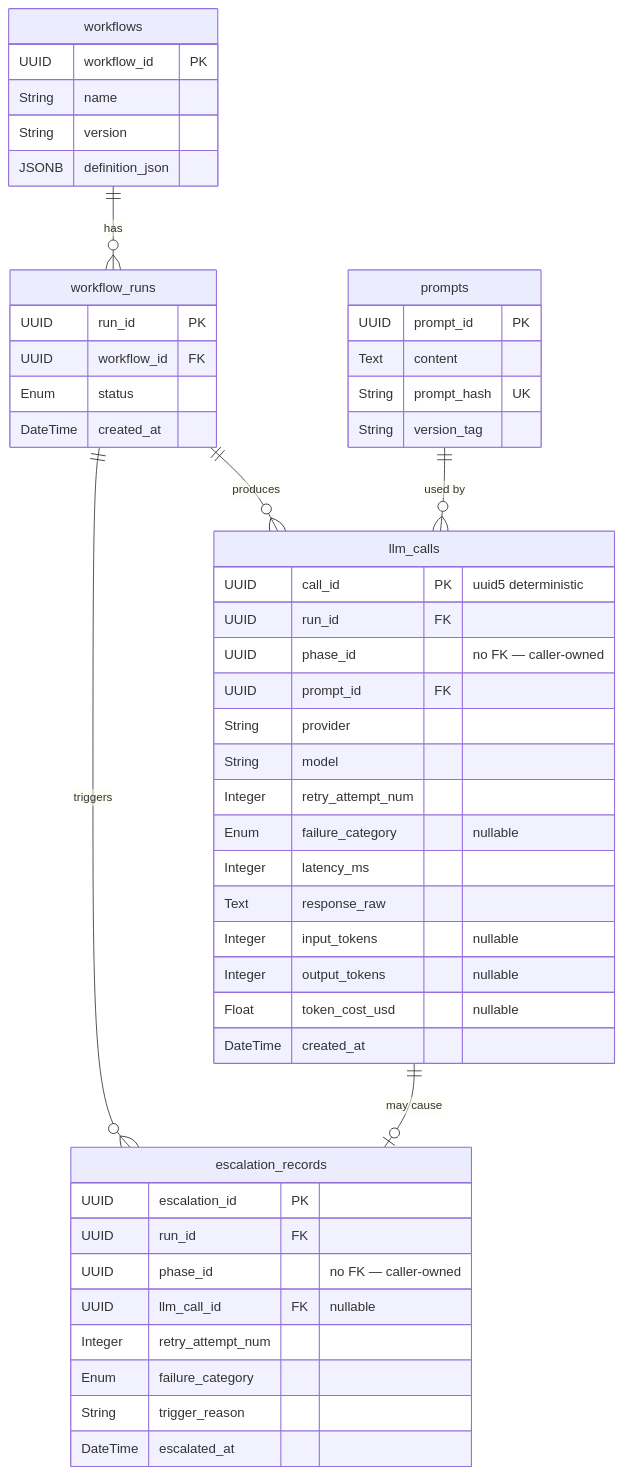
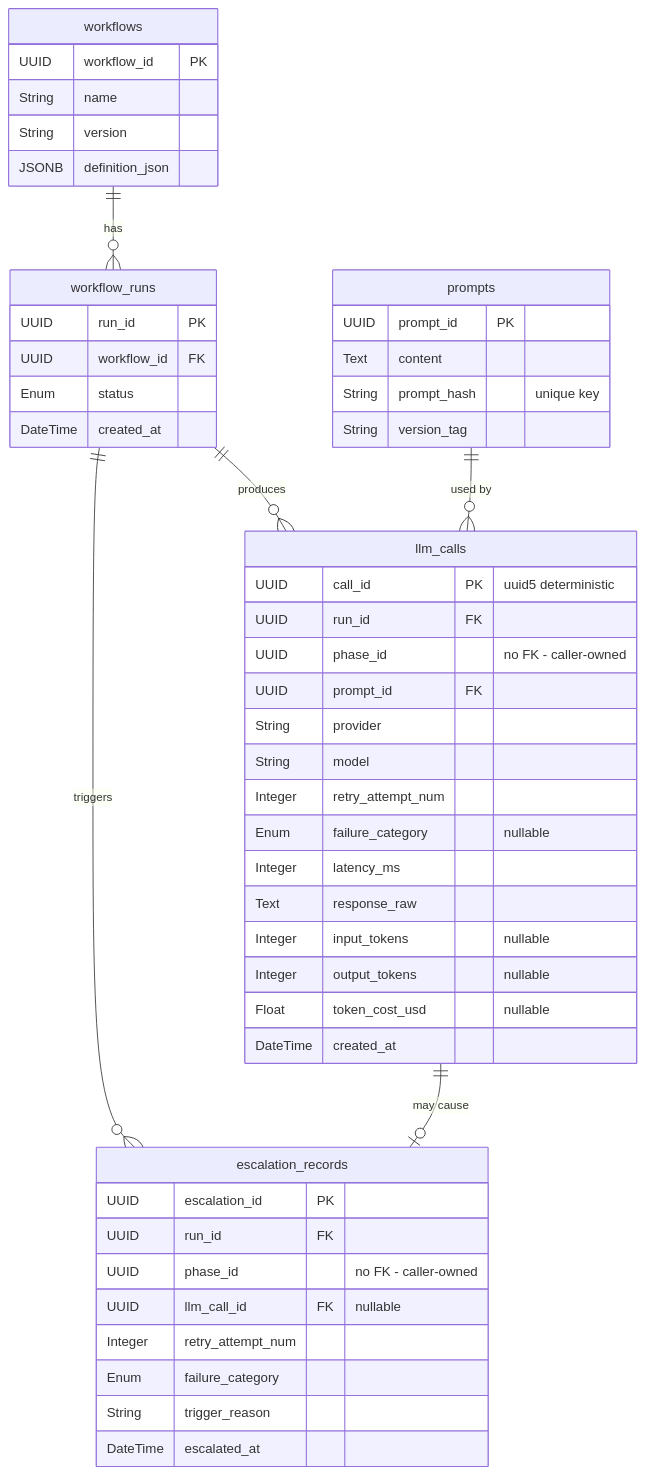
One commit to ngallodev-software/ai-reliability-fw changed the first of 5 diagrams in docs/diagrams.md. Above: the diagram before and after it, drawn with Mermaid. The commit also changed other lines of this file and 3 other files, not shown here.

````diff
--- a/docs/diagrams.md
+++ b/docs/diagrams.md
@@ -7,57 +7,58 @@
 ```mermaid
 erDiagram
+
     workflows {
         UUID workflow_id PK
         String name
         String version
         JSONB definition_json
     }
 
     workflow_runs {
         UUID run_id PK
         UUID workflow_id FK
         Enum status
         DateTime created_at
     }
 
     prompts {
         UUID prompt_id PK
         Text content
-        String prompt_hash UK
+        String prompt_hash "unique key"
         String version_tag
     }
 
     llm_calls {
         UUID call_id PK "uuid5 deterministic"
         UUID run_id FK
-        UUID phase_id "no FK — caller-owned"
+        UUID phase_id "no FK - caller-owned"
         UUID prompt_id FK
         String provider
         String model
         Integer retry_attempt_num
         Enum failure_category "nullable"
         Integer latency_ms
         Text response_raw
         Integer input_tokens "nullable"
         Integer output_tokens "nullable"
         Float token_cost_usd "nullable"
         DateTime created_at
     }
 
     escalation_records {
         UUID escalation_id PK
         UUID run_id FK
-        UUID phase_id "no FK — caller-owned"
+        UUID phase_id "no FK - caller-owned"
         UUID llm_call_id FK "nullable"
         Integer retry_attempt_num
         Enum failure_category
         String trigger_reason
         DateTime escalated_at
     }
 
     workflows ||--o{ workflow_runs : "has"
     workflow_runs ||--o{ llm_calls : "produces"
     workflow_runs ||--o{ escalation_records : "triggers"
     prompts ||--o{ llm_calls : "used by"
     llm_calls ||--o| escalation_records : "may cause"
 ```
````
